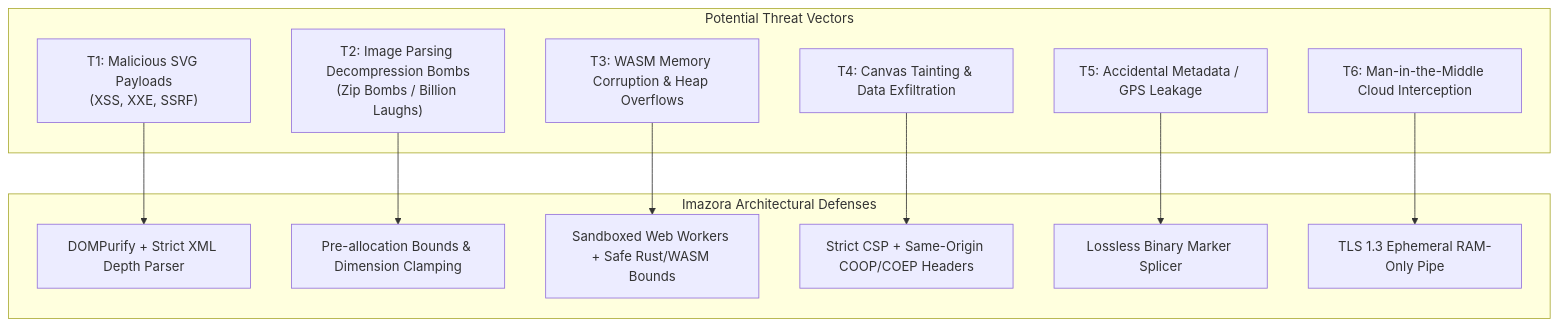
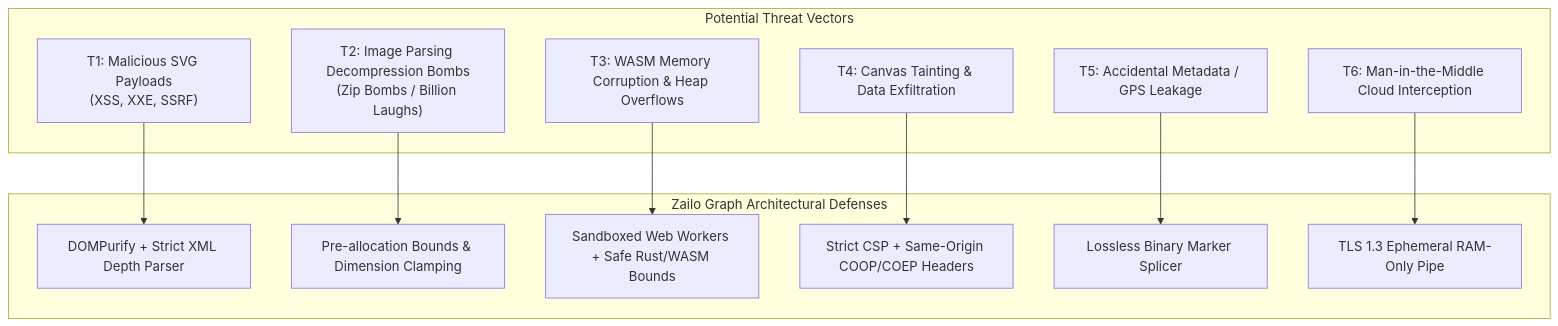
Before and after one commit to Karthick-Krishna/Zailo-Graph: the first of 2 diagrams in docs/PRIVACY_AND_SECURITY.md, drawn with Mermaid. The commit also changed other lines of this file and 15 other files, not shown here.

Commit message:
chore(branding): update full site brand name to Zailo Graph across UI, modals, exports, storage, and docs

````diff
--- a/docs/PRIVACY_AND_SECURITY.md
+++ b/docs/PRIVACY_AND_SECURITY.md
@@ -25,27 +25,27 @@
 ```mermaid
 flowchart TD
     subgraph Vectors["Potential Threat Vectors"]
         T1["T1: Malicious SVG Payloads<br/>(XSS, XXE, SSRF)"]
         T2["T2: Image Parsing Decompression Bombs<br/>(Zip Bombs / Billion Laughs)"]
         T3["T3: WASM Memory Corruption & Heap Overflows"]
         T4["T4: Canvas Tainting & Data Exfiltration"]
         T5["T5: Accidental Metadata / GPS Leakage"]
         T6["T6: Man-in-the-Middle Cloud Interception"]
     end
 
-    subgraph Mitigations["Imazora Architectural Defenses"]
+    subgraph Mitigations["Zailo Graph Architectural Defenses"]
         M1["DOMPurify + Strict XML Depth Parser"]
         M2["Pre-allocation Bounds & Dimension Clamping"]
         M3["Sandboxed Web Workers + Safe Rust/WASM Bounds"]
         M4["Strict CSP + Same-Origin COOP/COEP Headers"]
         M5["Lossless Binary Marker Splicer"]
         M6["TLS 1.3 Ephemeral RAM-Only Pipe"]
     end
 
     T1 --> M1
     T2 --> M2
     T3 --> M3
     T4 --> M4
     T5 --> M5
     T6 --> M6
 ```
````
